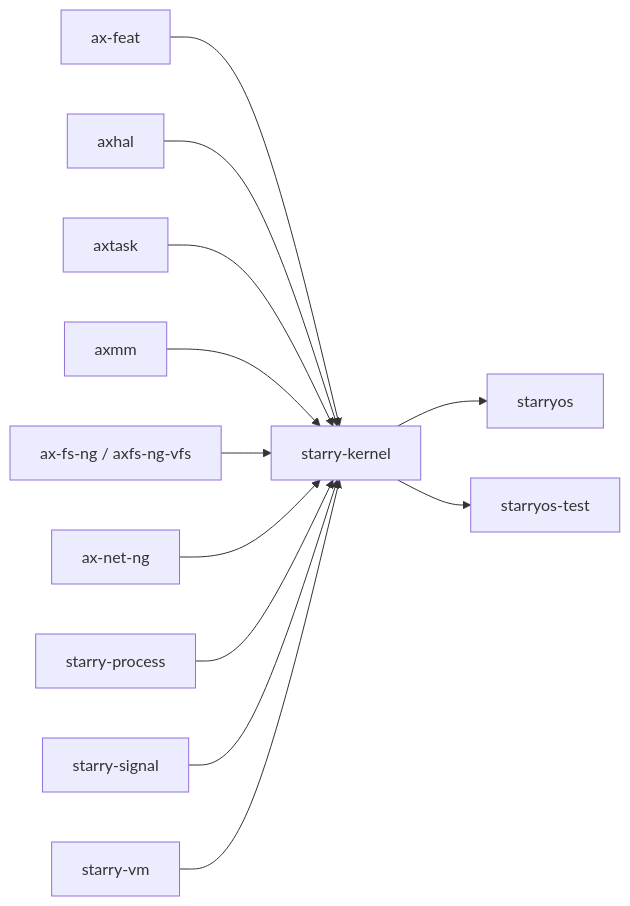
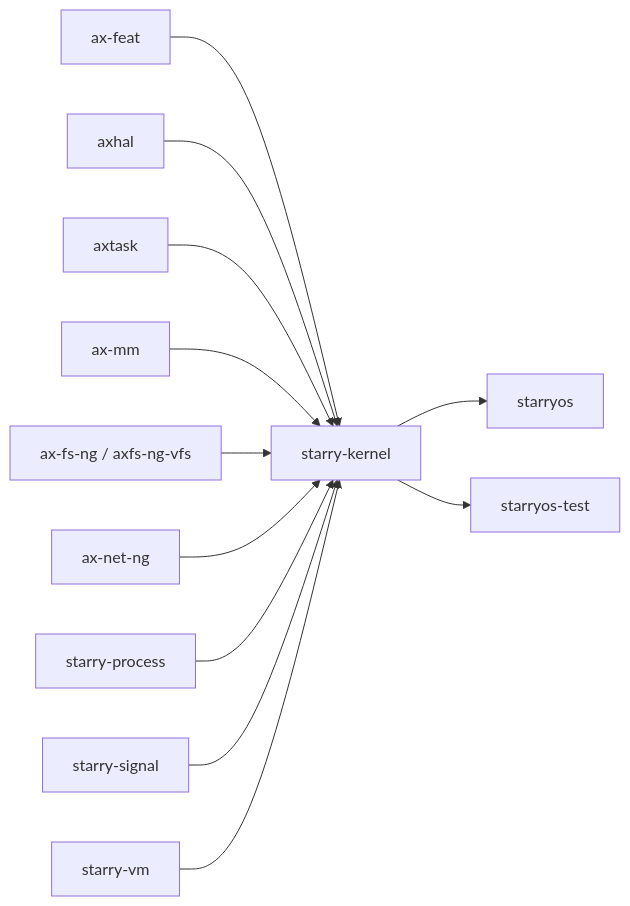
Before and after one commit to zKurisu/tgoskits: the second of 2 diagrams in docs/crates/starry-kernel.md, drawn with Mermaid. The commit also changed other lines of this file and 34 other files, not shown here.

````diff
--- a/docs/crates/starry-kernel.md
+++ b/docs/crates/starry-kernel.md
@@ -116,15 +116,15 @@
 ```mermaid
 graph LR
     ax-feat["ax-feat"] --> starry["starry-kernel"]
     axhal["axhal"] --> starry
     axtask["axtask"] --> starry
-    axmm["axmm"] --> starry
+    ax-mm["ax-mm"] --> starry
     ax-fs["ax-fs-ng / axfs-ng-vfs"] --> starry
     ax-net["ax-net-ng"] --> starry
     starry_process["starry-process"] --> starry
     starry_signal["starry-signal"] --> starry
     starry_vm["starry-vm"] --> starry
 
     starry --> starryos["starryos"]
     starry --> starryos_test["starryos-test"]
 ```
````
